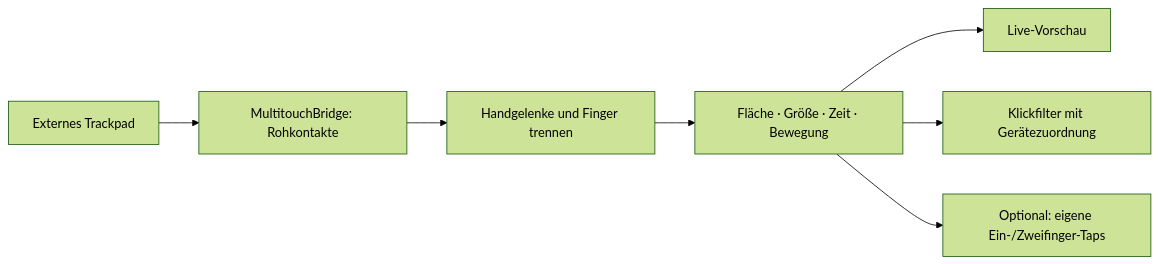
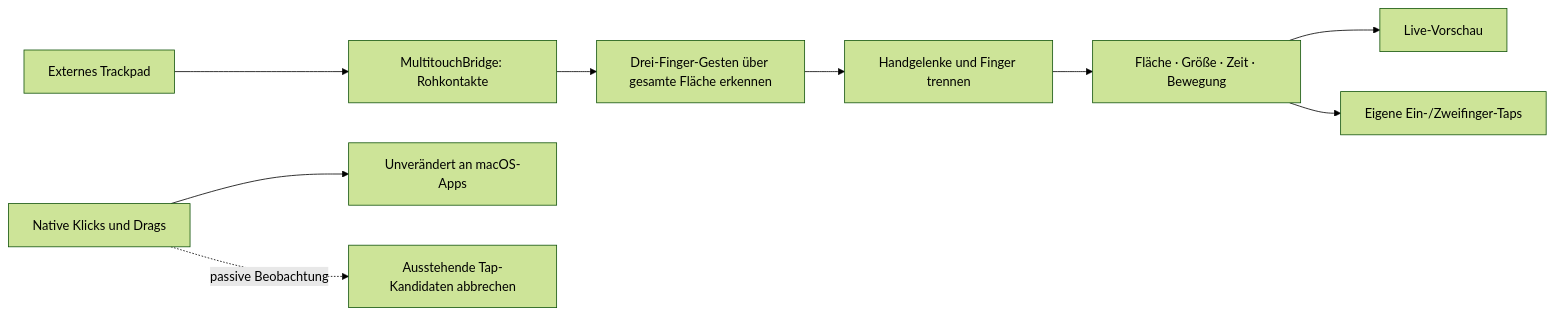
One commit to sk2andy/palm-detection changed the diagram in README.md. Above: the diagram before and after it, drawn with Mermaid (forest theme). The commit also changed other lines of this file and 20 other files, not shown here.

First line of the commit message:
fix: Preserve native clicks and three-finger drags

````diff
--- a/README.md
+++ b/README.md
@@ -121,9 +121,11 @@
 ```mermaid
 flowchart LR
     A[Externes Trackpad] --> B[MultitouchBridge: Rohkontakte]
-    B --> C[Handgelenke und Finger trennen]
+    B --> H[Drei-Finger-Gesten über gesamte Fläche erkennen]
+    H --> C[Handgelenke und Finger trennen]
     C --> D[Fläche · Größe · Zeit · Bewegung]
     D --> E[Live-Vorschau]
-    D --> F[Klickfilter mit Gerätezuordnung]
-    D --> G[Optional: eigene Ein-/Zweifinger-Taps]
+    D --> G[Eigene Ein-/Zweifinger-Taps]
+    N[Native Klicks und Drags] --> O[Unverändert an macOS-Apps]
+    N -. passive Beobachtung .-> X[Ausstehende Tap-Kandidaten abbrechen]
 ```
````
